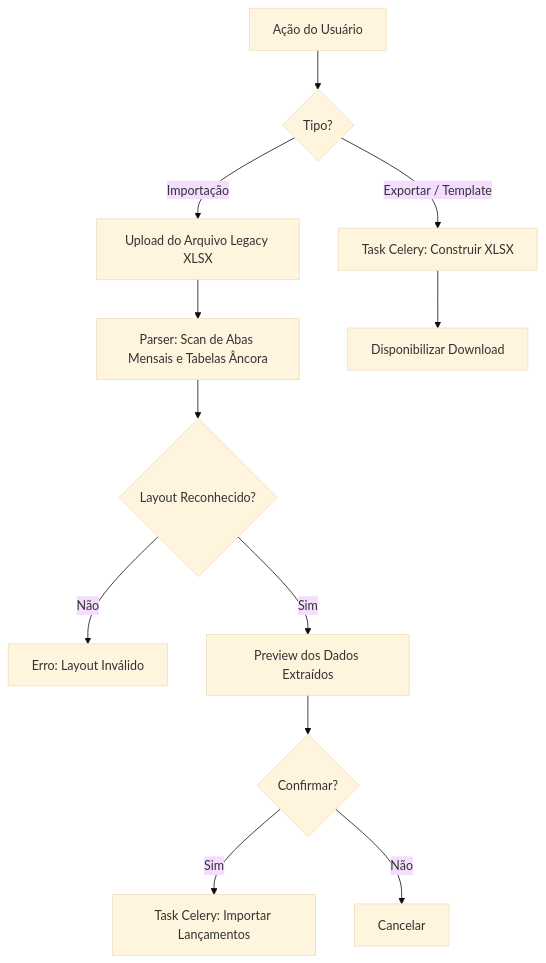
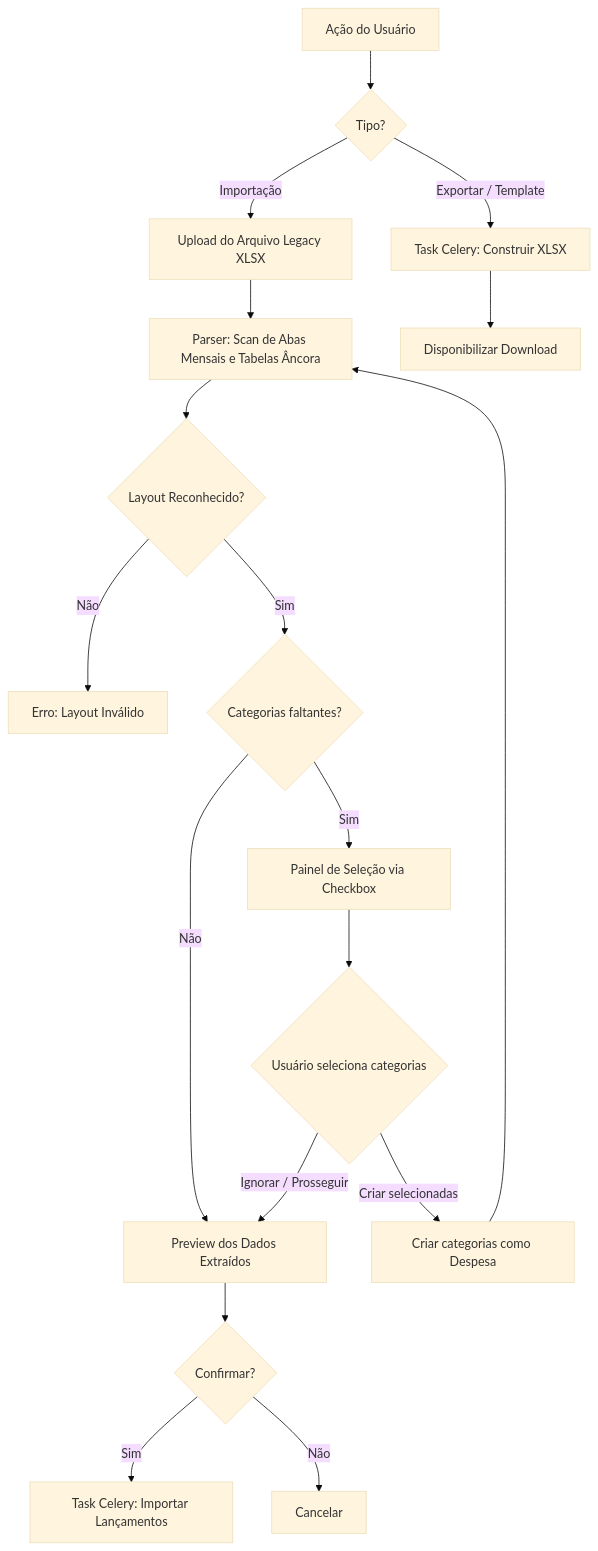
The diagram in .github/especificacoes/spec008.md (Graciano-B-L-Junior/financas_pessoais_copilot), drawn with Mermaid (base theme) before and after one commit. The commit also changed other lines of this file and 3 other files, not shown here.

Commit message:
feat: Criação de checkbox na seleção de importação de dados da planilha

````diff
--- a/.github/especificacoes/spec008.md
+++ b/.github/especificacoes/spec008.md
@@ -47,14 +56,20 @@
 ```mermaid
 graph TD
     A[Ação do Usuário] --> B{Tipo?}
     B -- Importação --> C[Upload do Arquivo Legacy XLSX]
     C --> D[Parser: Scan de Abas Mensais e Tabelas Âncora]
     D --> E{Layout Reconhecido?}
     E -- Não --> F[Erro: Layout Inválido]
-    E -- Sim --> G[Preview dos Dados Extraídos]
-    G --> H{Confirmar?}
-    H -- Sim --> I[Task Celery: Importar Lançamentos]
-    H -- Não --> J[Cancelar]
+    E -- Sim --> G{Categorias faltantes?}
+    G -- Não --> H[Preview dos Dados Extraídos]
+    G -- Sim --> P[Painel de Seleção via Checkbox]
+    P --> Q{Usuário seleciona categorias}
+    Q -- Criar selecionadas --> R[Criar categorias como Despesa]
+    R --> D
+    Q -- Ignorar / Prosseguir --> H
+    H --> S{Confirmar?}
+    S -- Sim --> I[Task Celery: Importar Lançamentos]
+    S -- Não --> J[Cancelar]
     B -- Exportar / Template --> K[Task Celery: Construir XLSX]
     K --> L[Disponibilizar Download]
 ```
````
